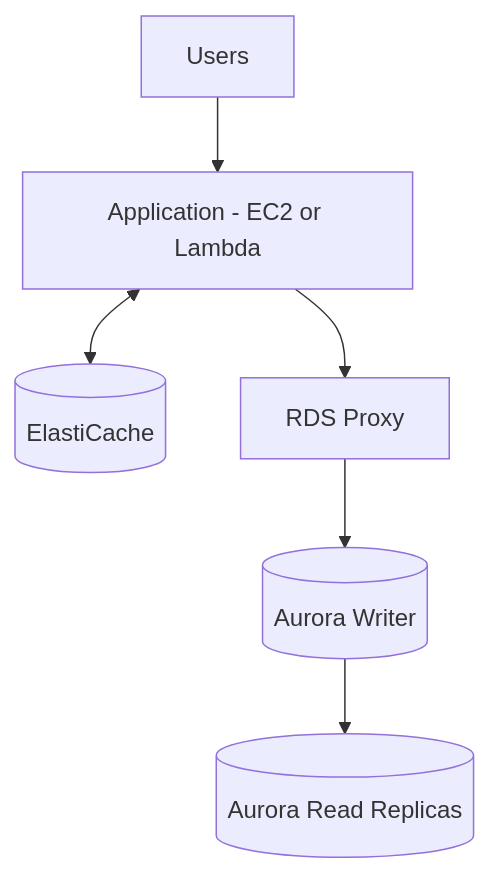
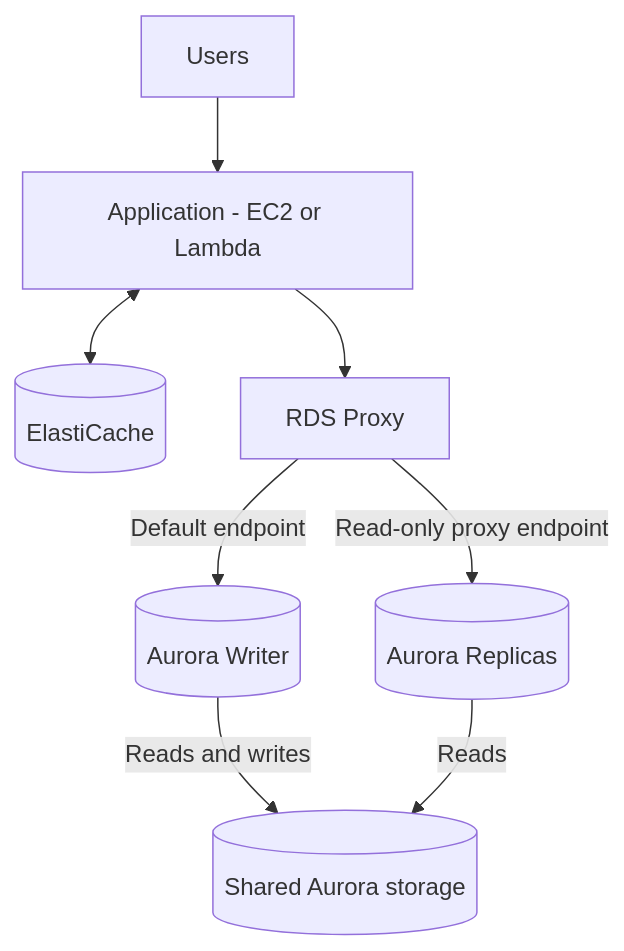
Before and after one commit to RafaS92/AWS-developer-associate-study: the sixth of 6 diagrams in 06-RDSandAurora.md, drawn with Mermaid. The commit also changed other lines of this file, not shown here.

````diff
--- a/06-RDSandAurora.md
+++ b/06-RDSandAurora.md
@@ -1273,15 +275,18 @@
 ```mermaid
 flowchart TD
     U[Users]
     A[Application - EC2 or Lambda]
     C[(ElastiCache)]
     P[RDS Proxy]
     W[(Aurora Writer)]
-    R[(Aurora Read Replicas)]
+    R[(Aurora Replicas)]
+    S[(Shared Aurora storage)]
 
     U --> A
     A <--> C
     A --> P
-    P --> W
-    W --> R
+    P -->|Default endpoint| W
+    P -->|Read-only proxy endpoint| R
+    W -->|Reads and writes| S
+    R -->|Reads| S
 ```
````
